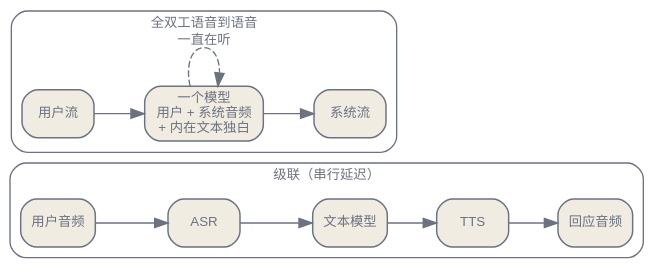
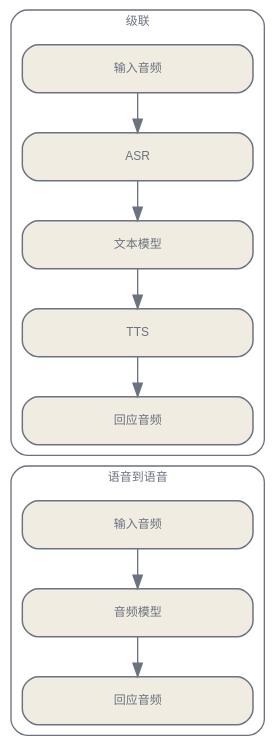
The diagram in zh/generative/03-speech-and-voice.qmd (latere-ai/ai-as-an-infrastructure), drawn with Graphviz before and after one commit. The commit also changed other lines of this file and 3 other files, not shown here.

````diff
--- a/zh/generative/03-speech-and-voice.qmd
+++ b/zh/generative/03-speech-and-voice.qmd
@@ -49,32 +169,29 @@
 ```{dot}
 //| label: fig-voice-cascade-vs-e2e
-//| fig-cap: "两种语音智能体设计。级联把自动语音识别、一个文本模型与文本到语音串起来，于是延迟是三段之和、且一切都过一个丢掉时序与韵律的文本瓶颈。一个全双工的语音到语音模型把用户与系统的音频作为并行的词元流来携带、外加一段内在的文本独白，边说边一直在听，于是它在用户说完之前就发出音频。取材自 Defossez 等（2024）。"
+//| fig-cap: "语音交互的两种依赖结构。级联会暴露转写文本与文字回应边界；语音到语音模型则让音频留在同一条学习路径中。两种设计都可能选择流式处理，也可能等待轮次终点。全双工还要求系统在输出期间保持输入通道工作。"
 digraph {
   bgcolor="transparent";
-  rankdir=LR;
-  nodesep=0.4; ranksep=0.5;
-  node [shape=box, style="rounded,filled", fontname="Helvetica", fontsize=10, color="#6b7280", fontcolor="#6b7280", fillcolor="#f1ece1", penwidth=1.1];
-  edge [fontsize=10, fontname="Helvetica", color="#6b7280", fontcolor="#6b7280"];
+  rankdir=TB;
+  newrank=true;
+  nodesep=0.35; ranksep=0.42;
+  node [shape=box, style="rounded,filled", width=2.4, fontname="Helvetica", fontsize=9, color="#6b7280", fontcolor="#6b7280", fillcolor="#f1ece1", penwidth=1.1];
+  edge [fontsize=9, fontname="Helvetica", color="#6b7280", fontcolor="#6b7280"];
   subgraph cluster_C {
-    label="级联（串行延迟）"; style=rounded; color="#6b7280"; fontcolor="#6b7280"; fontsize=10;
-    a1 [label="用户音频"];
-    asr [label="ASR"];
-    llm [label="文本模型"];
-    tts [label="TTS"];
-    a2 [label="回应音频"];
-    a1 -> asr;
-    asr -> llm;
-    llm -> tts;
-    tts -> a2;
+    label="级联"; style=rounded; color="#6b7280"; fontcolor="#6b7280"; fontsize=9;
+    c_audio [label="输入音频"];
+    c_asr [label="ASR"];
+    c_text [label="文本模型"];
+    c_tts [label="TTS"];
+    c_reply [label="回应音频"];
+    c_audio -> c_asr -> c_text -> c_tts -> c_reply;
   }
   subgraph cluster_E {
-    label="全双工语音到语音"; style=rounded; color="#6b7280"; fontcolor="#6b7280"; fontsize=10;
-    u [label="用户流"];
-    m [label="一个模型\n用户 + 系统音频\n+ 内在文本独白"];
-    s [label="系统流"];
-    u -> m;
-    m -> s;
-    m -> m [style=dashed, label="一直在听"];
+    label="语音到语音"; style=rounded; color="#6b7280"; fontcolor="#6b7280"; fontsize=9;
+    e_audio [label="输入音频"];
+    e_model [label="音频模型"];
+    e_reply [label="回应音频"];
+    e_audio -> e_model -> e_reply;
   }
+  c_reply -> e_audio [style=invis, weight=10];
 }
 ```
````
